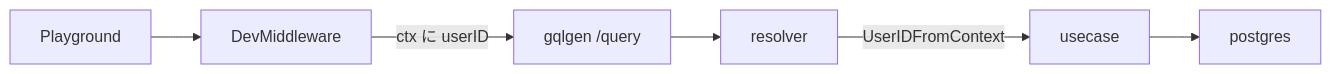
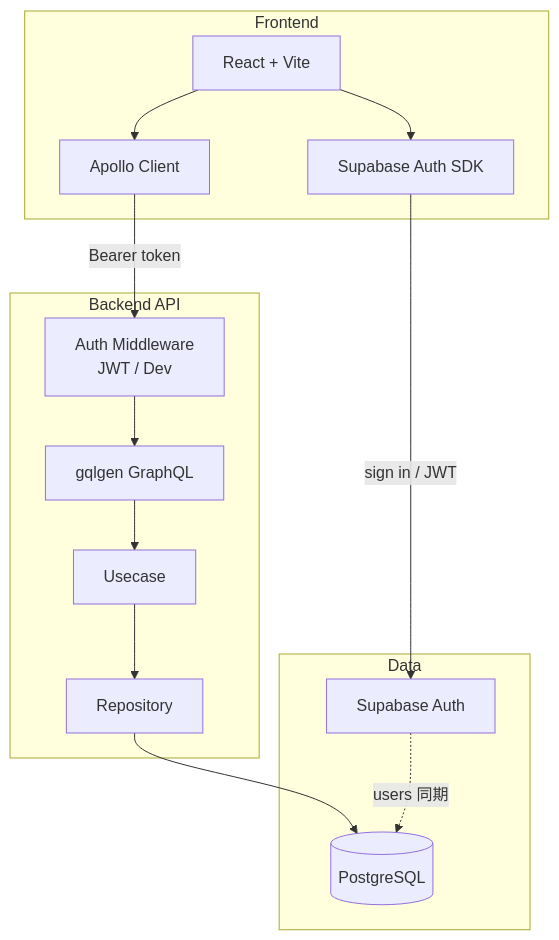
The first of 2 diagrams in README.md (Gityuhi/pathway), drawn with Mermaid before and after one commit. The commit also changed other lines of this file, not shown here.

````diff
--- a/README.md
+++ b/README.md
@@ -51,15 +80,28 @@
 ```mermaid
-flowchart LR
-    Browser[Playground]
-    MW["DevMiddleware"]
-    GQL["gqlgen /query"]
-    Resolver["resolver"]
-    UC["usecase"]
-    Repo["postgres"]
+flowchart TB
+  subgraph client [Frontend]
+    UI["React + Vite"]
+    Apollo["Apollo Client"]
+    AuthFE["Supabase Auth SDK"]
+    UI --> Apollo
+    UI --> AuthFE
+  end
 
-    Browser --> MW
-    MW -->|"ctx に userID"| GQL
-    GQL --> Resolver
-    Resolver -->|"UserIDFromContext"| UC
-    UC --> Repo
+  subgraph api [Backend API]
+    MW["Auth Middleware\nJWT / Dev"]
+    GQL["gqlgen GraphQL"]
+    UC["Usecase"]
+    Repo["Repository"]
+    MW --> GQL --> UC --> Repo
+  end
+
+  subgraph data [Data]
+    PG[(PostgreSQL)]
+    SA["Supabase Auth"]
+  end
+
+  AuthFE -->|"sign in / JWT"| SA
+  Apollo -->|"Bearer token"| MW
+  Repo --> PG
+  SA -.->|"users 同期"| PG
 ```
````
